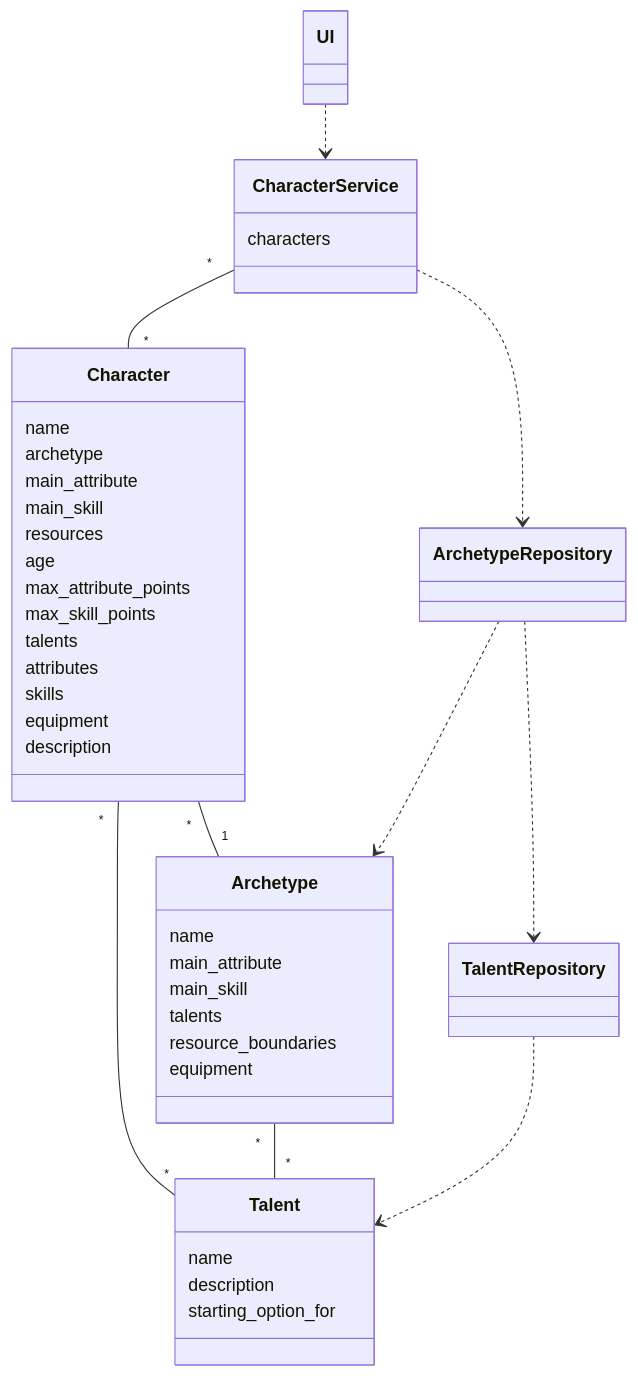
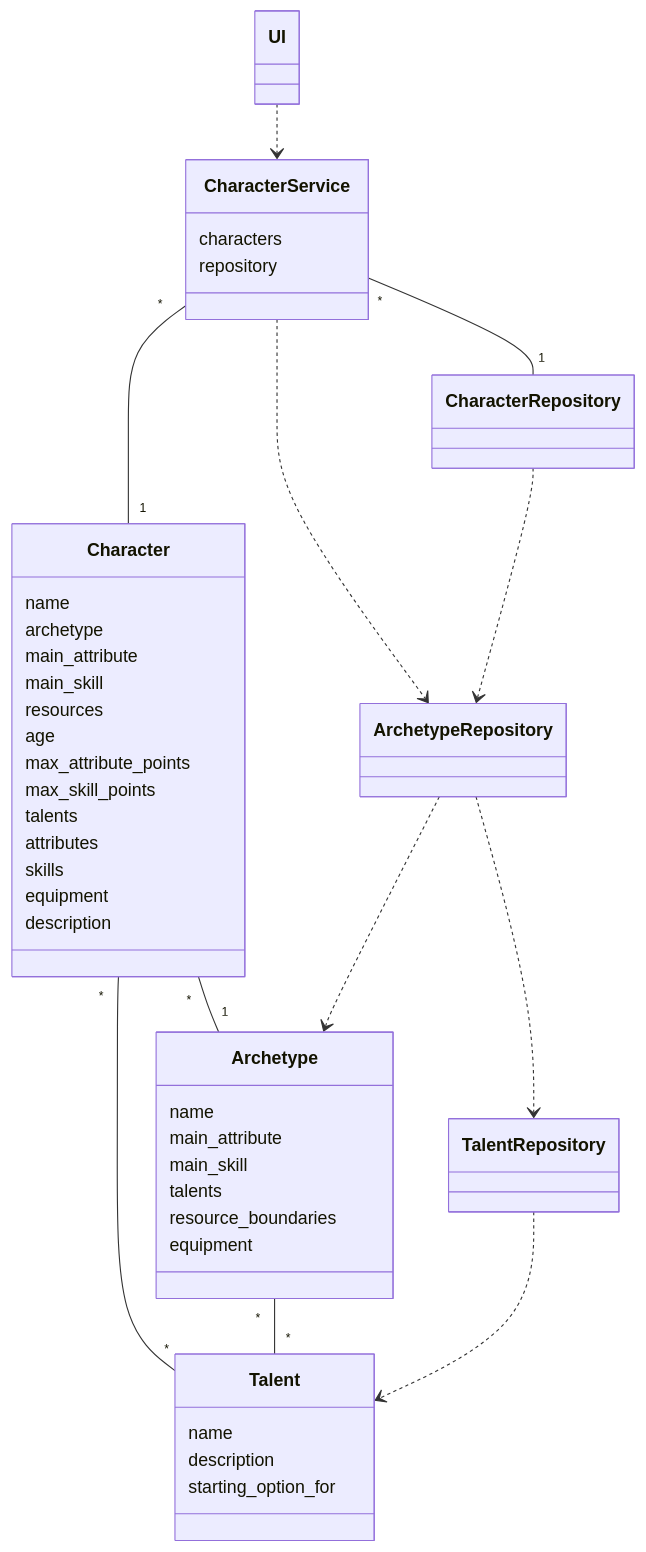
The first of 3 diagrams in dokumentaatio/arkkitehtuuri.md (kivistoilkka/ot-harjoitustyo), drawn with Mermaid before and after one commit. The commit also changed other lines of this file and 1 other file, not shown here.

Commit message:
v7: Luokkakaavion päivitys

````diff
--- a/dokumentaatio/arkkitehtuuri.md
+++ b/dokumentaatio/arkkitehtuuri.md
@@ -6,47 +6,51 @@
 ```mermaid
 classDiagram
     class UI
     class Character {
         name
         archetype
         main_attribute
         main_skill
         resources
         age
         max_attribute_points
         max_skill_points
         talents
         attributes
         skills
         equipment
         description
     }
     class CharacterService {
         characters
+        repository
     }
-    class Archetype{
+    class CharacterRepository
+    class Archetype {
         name
         main_attribute
         main_skill
         talents
         resource_boundaries
         equipment
     }
     class ArchetypeRepository
     class Talent {
         name
         description
         starting_option_for
     }
     class TalentRepository
 
     UI ..> CharacterService
-    CharacterService "*" -- "*" Character
+    CharacterService "*" -- "1" Character
     Character "*" -- "1" Archetype
     Character "*" -- "*" Talent
     Archetype "*" -- "*" Talent
     CharacterService ..> ArchetypeRepository
+    CharacterService "*" -- "1" CharacterRepository
+    CharacterRepository ..> ArchetypeRepository
     ArchetypeRepository ..> Archetype
     ArchetypeRepository ..> TalentRepository
     TalentRepository ..> Talent
 ```
````
